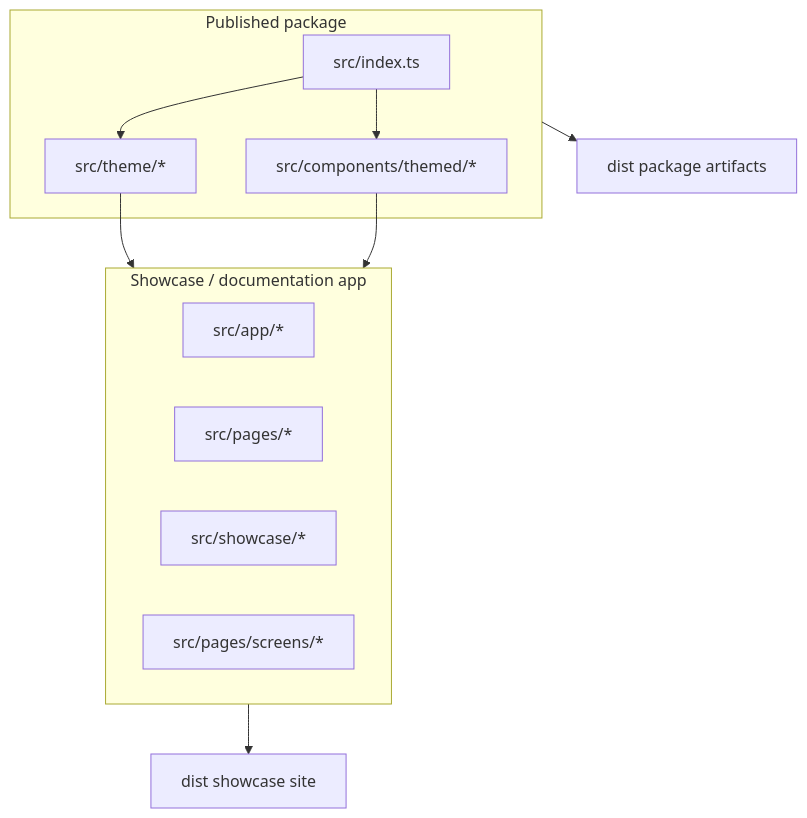
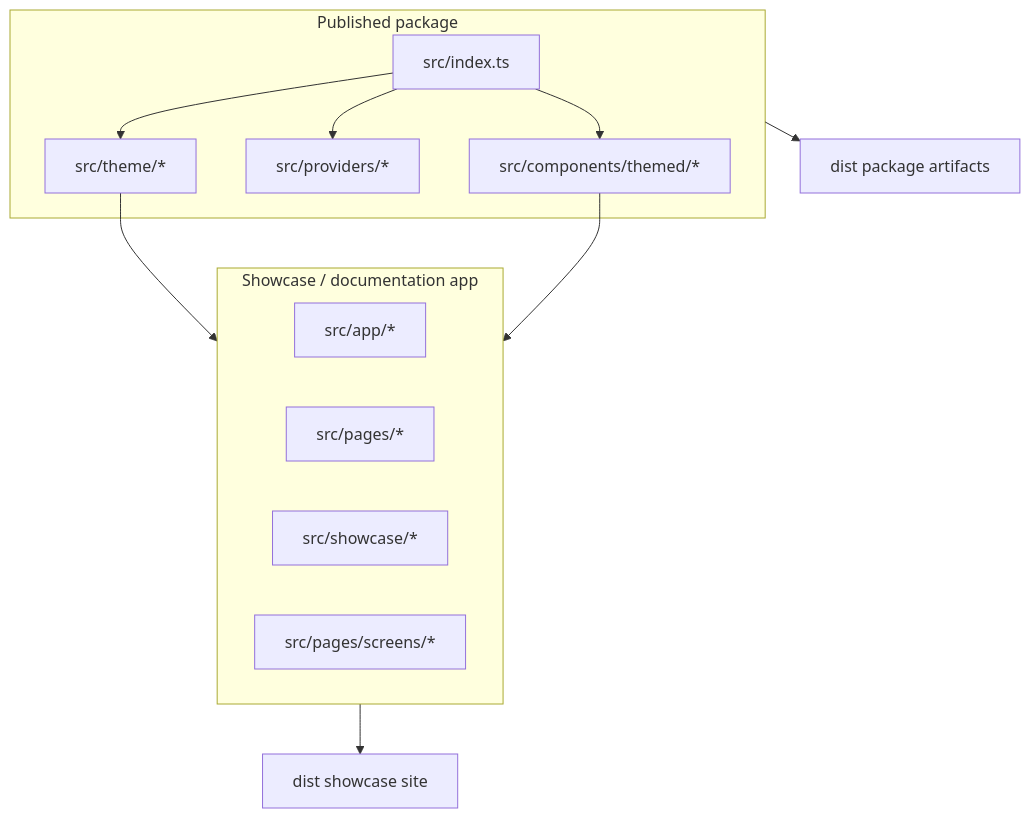
Before and after one commit to inRiver/inflow-react: the first of 3 diagrams in docs/ARCHITECTURE.md, drawn with Mermaid. The commit also changed other lines of this file and 3 other files, not shown here.

First line of the commit message:
Document InflowProvider as the recommended package entry point

````diff
--- a/docs/ARCHITECTURE.md
+++ b/docs/ARCHITECTURE.md
@@ -10,22 +10,24 @@
 ```mermaid
 flowchart TB
   subgraph Library["Published package"]
     Entry["src/index.ts"]
     Theme["src/theme/*"]
+    Provider["src/providers/*"]
     Themed["src/components/themed/*"]
     Entry --> Theme
+    Entry --> Provider
     Entry --> Themed
   end
 
   subgraph Showcase["Showcase / documentation app"]
     App["src/app/*"]
     Pages["src/pages/*"]
     Demos["src/showcase/*"]
     Screens["src/pages/screens/*"]
   end
 
   Theme --> Showcase
   Themed --> Showcase
   Library --> Dist["dist package artifacts"]
   Showcase --> Static["dist showcase site"]
 ```
````
